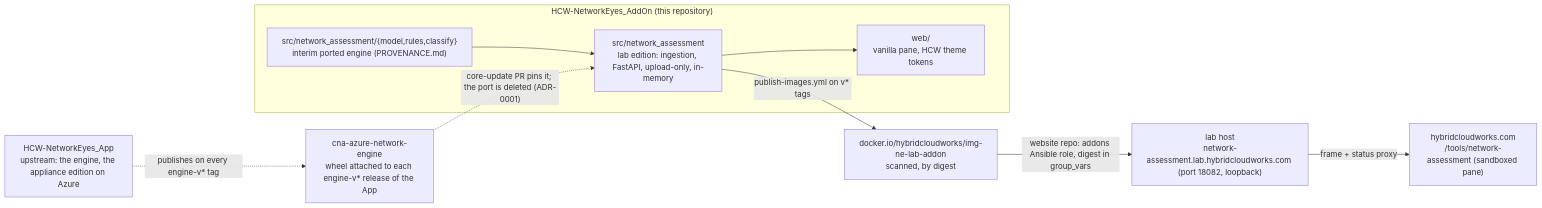
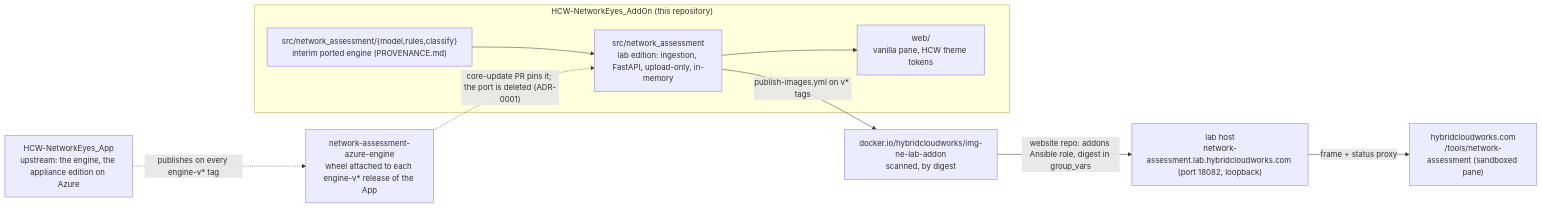
The diagram in README.md (saulpatinojr/HCW-NetworkEyes_AddOn), drawn with Mermaid before and after one commit. The commit also changed 5 other files, not shown here.

First line of the commit message:
Follow the App's rename of its engine package in core-update.yml and the upstream log (#60)

````diff
--- a/README.md
+++ b/README.md
@@ -33,19 +33,19 @@
 ```mermaid
 flowchart LR
   Core["HCW-NetworkEyes_App<br/>upstream: the engine, the appliance edition on Azure"]
-  Wheel["cna-azure-network-engine<br/>wheel attached to each engine-v* release of the App"]
+  Wheel["network-assessment-azure-engine<br/>wheel attached to each engine-v* release of the App"]
   subgraph AddOn["HCW-NetworkEyes_AddOn (this repository)"]
     Port["src/network_assessment/{model,rules,classify}<br/>interim ported engine (PROVENANCE.md)"]
     Lab["src/network_assessment<br/>lab edition: ingestion, FastAPI, upload-only, in-memory"]
     Pane["web/<br/>vanilla pane, HCW theme tokens"]
     Port --> Lab --> Pane
   end
   Image["docker.io/hybridcloudworks/img-ne-lab-addon<br/>scanned, by digest"]
   Host["lab host<br/>network-assessment.lab.hybridcloudworks.com (port 18082, loopback)"]
   Site["hybridcloudworks.com<br/>/tools/network-assessment (sandboxed pane)"]
   Core -. "publishes on every engine-v* tag" .-> Wheel
   Wheel -. "core-update PR pins it; the port is deleted (ADR-0001)" .-> Lab
   Lab -- "publish-images.yml on v* tags" --> Image
   Image -- "website repo: addons Ansible role, digest in group_vars" --> Host
   Host -- "frame + status proxy" --> Site
 ```
````
